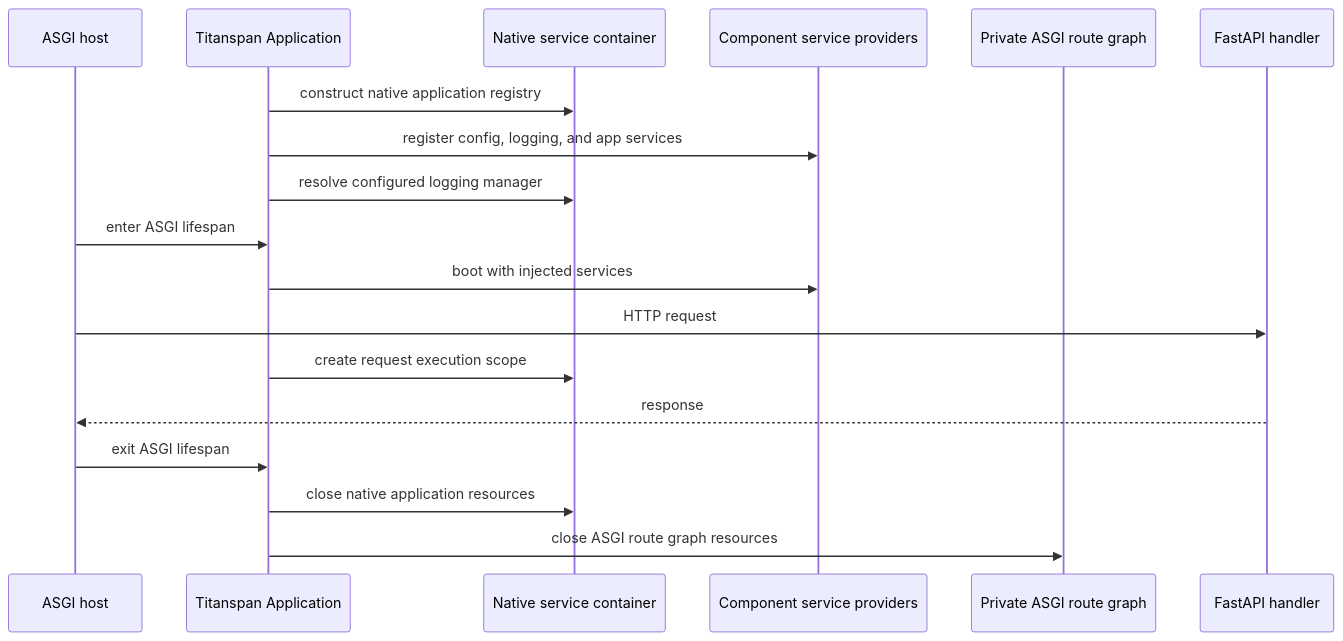
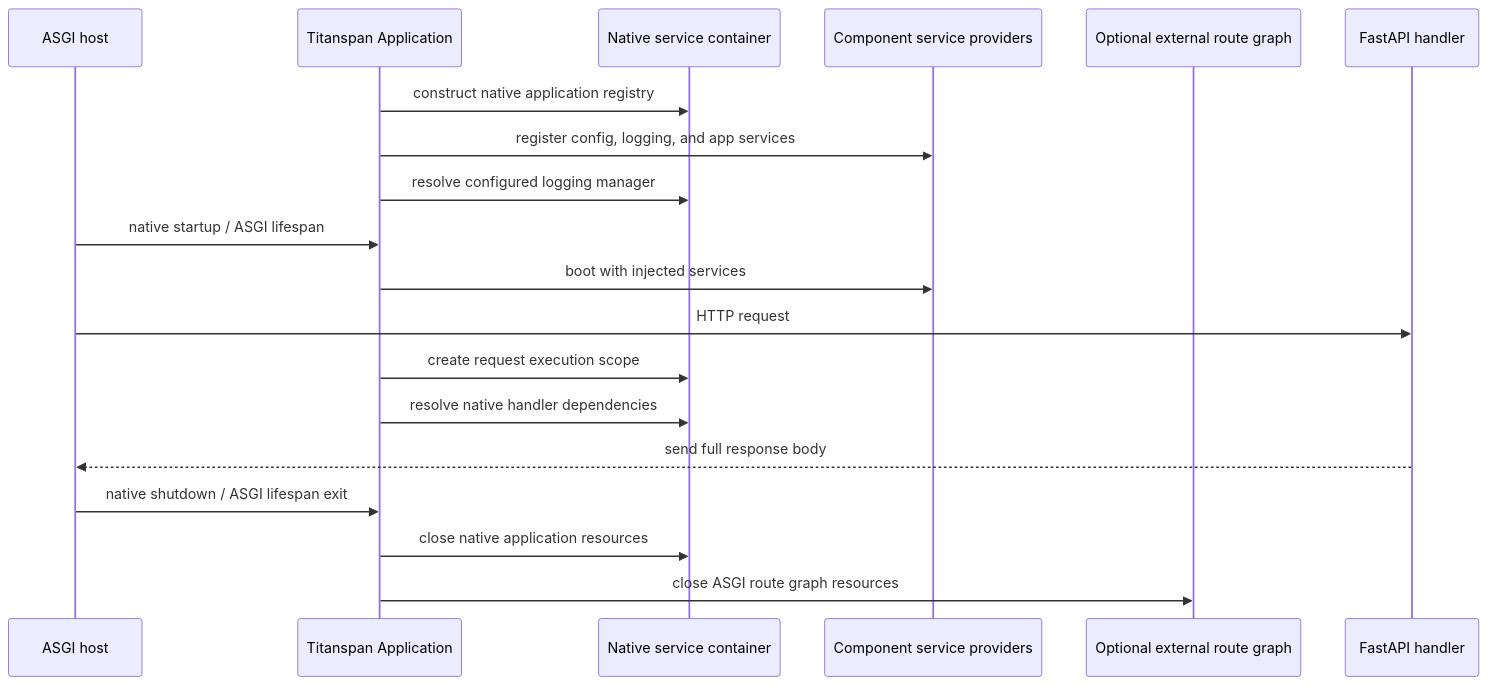
The second of 2 diagrams in ARCHITECTURE.md (cyber-cosmos/titanspan), drawn with Mermaid before and after one commit. The commit also changed other lines of this file and 26 other files, not shown here.

````diff
--- a/ARCHITECTURE.md
+++ b/ARCHITECTURE.md
@@ -153,21 +154,22 @@
 ```mermaid
 sequenceDiagram
     participant Host as ASGI host
     participant App as Titanspan Application
     participant Container as Native service container
     participant Providers as Component service providers
-    participant Routes as Private ASGI route graph
+    participant Routes as Optional external route graph
     participant Handler as FastAPI handler
 
     App->>Container: construct native application registry
     App->>Providers: register config, logging, and app services
     App->>Container: resolve configured logging manager
-    Host->>App: enter ASGI lifespan
+    Host->>App: native startup / ASGI lifespan
     App->>Providers: boot with injected services
     Host->>Handler: HTTP request
     App->>Container: create request execution scope
-    Handler-->>Host: response
-    Host->>App: exit ASGI lifespan
+    App->>Container: resolve native handler dependencies
+    Handler-->>Host: send full response body
+    Host->>App: native shutdown / ASGI lifespan exit
     App->>Container: close native application resources
     App->>Routes: close ASGI route graph resources
 ```
````
